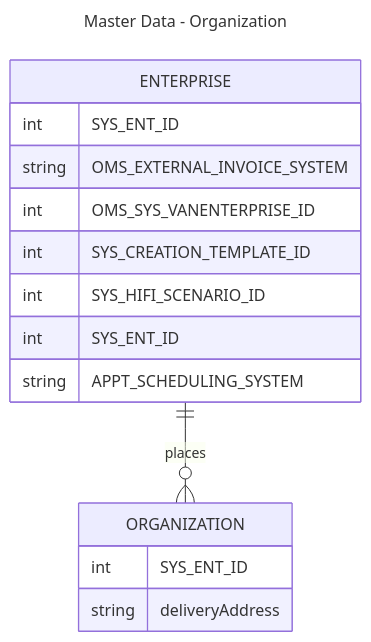
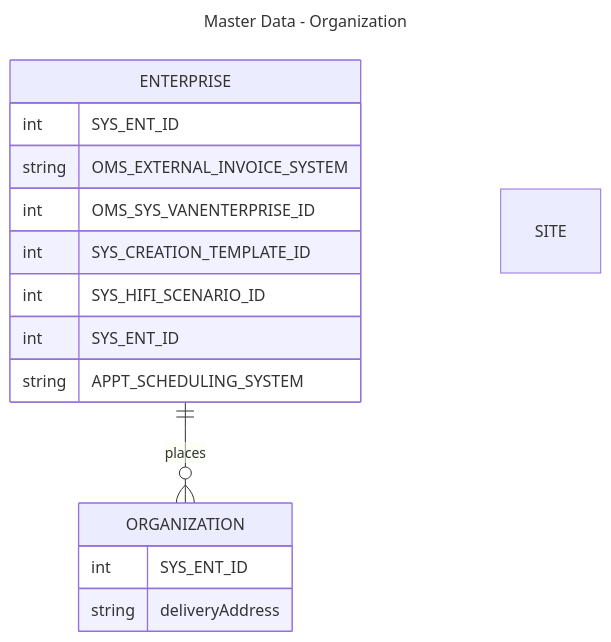
Before and after one commit to DavidHartman-Personal/Data_Dictionary: diagram 22 of 23 in README.md, drawn with Mermaid. The commit also changed other lines of this file and 9 other files, not shown here.

````diff
--- a/README.md
+++ b/README.md
@@ -1034,22 +1499,25 @@
 ```mermaid
 ---
 title: Master Data - Organization
 ---
 erDiagram
     ENTERPRISE ||--o{ ORGANIZATION: places
     ENTERPRISE {
         int SYS_ENT_ID
     }
     ORGANIZATION {
         int SYS_ENT_ID
         string deliveryAddress
     }
     ENTERPRISE {
         string OMS_EXTERNAL_INVOICE_SYSTEM
         int OMS_SYS_VANENTERPRISE_ID
         int SYS_CREATION_TEMPLATE_ID
         int SYS_HIFI_SCENARIO_ID
         int SYS_ENT_ID
         string APPT_SCHEDULING_SYSTEM
     }
+    SITE {
+        
+    }
 ```
````
